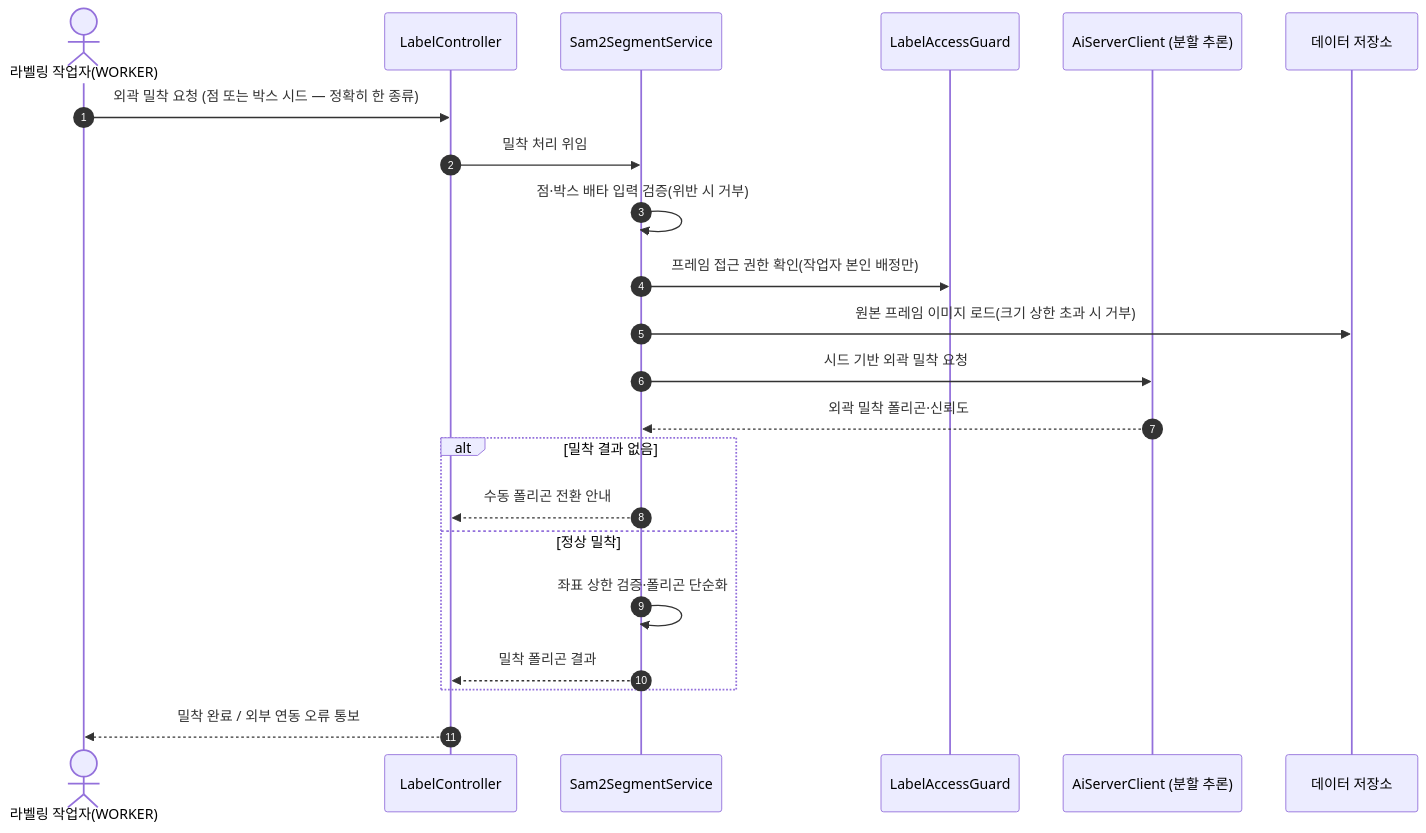
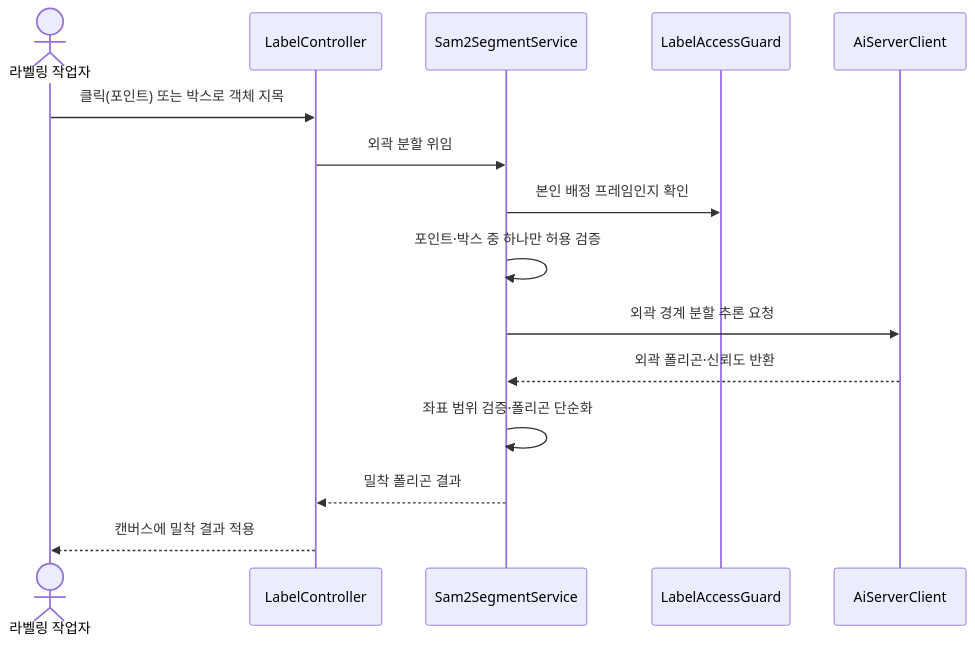
The fifth of 36 diagrams in docs/design/D1-클래스설계서.md (New-stella/klid-label), drawn with Mermaid before and after one commit. The commit also changed other lines of this file and 7 other files, not shown here.

````diff
--- a/docs/design/D1-클래스설계서.md
+++ b/docs/design/D1-클래스설계서.md
@@ -415,24 +349,17 @@
 ```mermaid
 sequenceDiagram
-    autonumber
-    actor WK as 라벨링 작업자(WORKER)
-    participant LC as LabelController
-    participant SSS as Sam2SegmentService
-    participant AG as LabelAccessGuard
-    participant AI as AiServerClient (분할 추론)
-    participant DB as 데이터 저장소
-    WK->>LC: 외곽 밀착 요청 (점 또는 박스 시드 — 정확히 한 종류)
-    LC->>SSS: 밀착 처리 위임
-    SSS->>SSS: 점·박스 배타 입력 검증(위반 시 거부)
-    SSS->>AG: 프레임 접근 권한 확인(작업자 본인 배정만)
-    SSS->>DB: 원본 프레임 이미지 로드(크기 상한 초과 시 거부)
-    SSS->>AI: 시드 기반 외곽 밀착 요청
-    AI-->>SSS: 외곽 밀착 폴리곤·신뢰도
-    alt 밀착 결과 없음
-        SSS-->>LC: 수동 폴리곤 전환 안내
-    else 정상 밀착
-        SSS->>SSS: 좌표 상한 검증·폴리곤 단순화
-        SSS-->>LC: 밀착 폴리곤 결과
-    end
-    LC-->>WK: 밀착 완료 / 외부 연동 오류 통보
+    actor WORKER as 라벨링 작업자
+    participant C as LabelController
+    participant S as Sam2SegmentService
+    participant G as LabelAccessGuard
+    participant A as AiServerClient
+    WORKER->>C: 클릭(포인트) 또는 박스로 객체 지목
+    C->>S: 외곽 분할 위임
+    S->>G: 본인 배정 프레임인지 확인
+    S->>S: 포인트·박스 중 하나만 허용 검증
+    S->>A: 외곽 경계 분할 추론 요청
+    A-->>S: 외곽 폴리곤·신뢰도 반환
+    S->>S: 좌표 범위 검증·폴리곤 단순화
+    S-->>C: 밀착 폴리곤 결과
+    C-->>WORKER: 캔버스에 밀착 결과 적용
 ```
````
